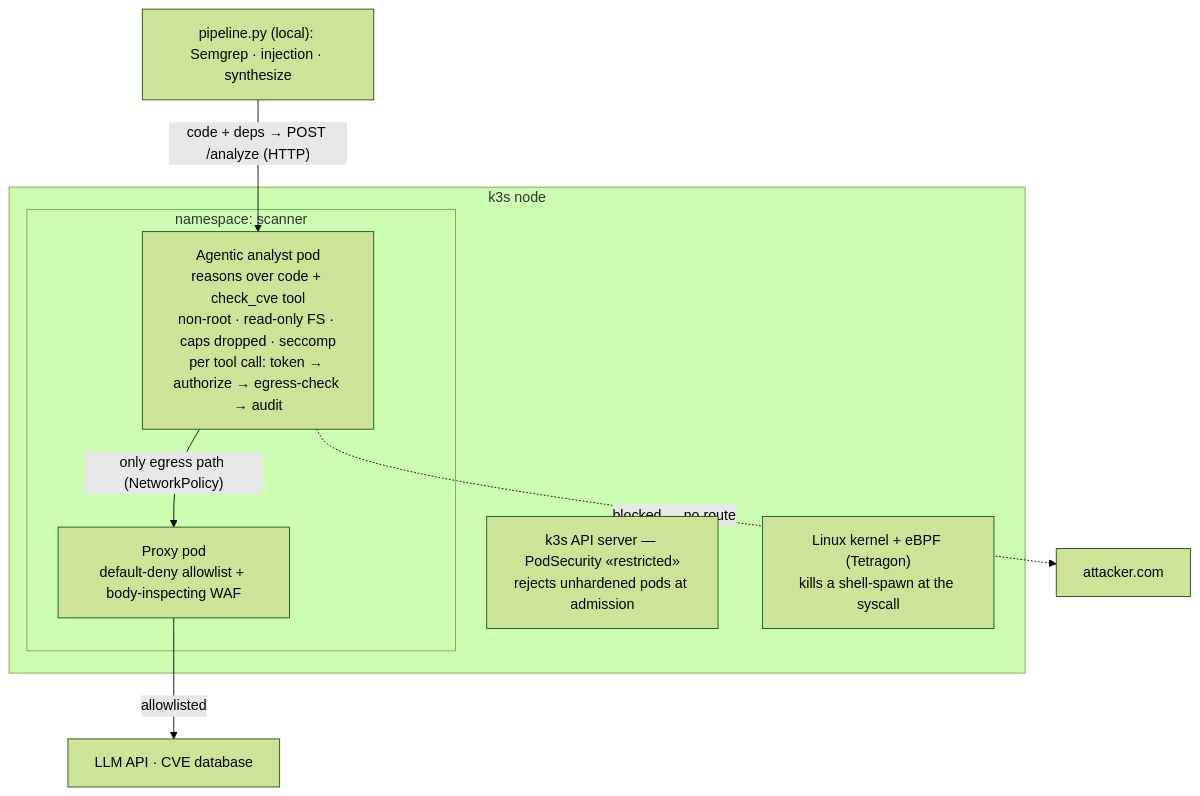
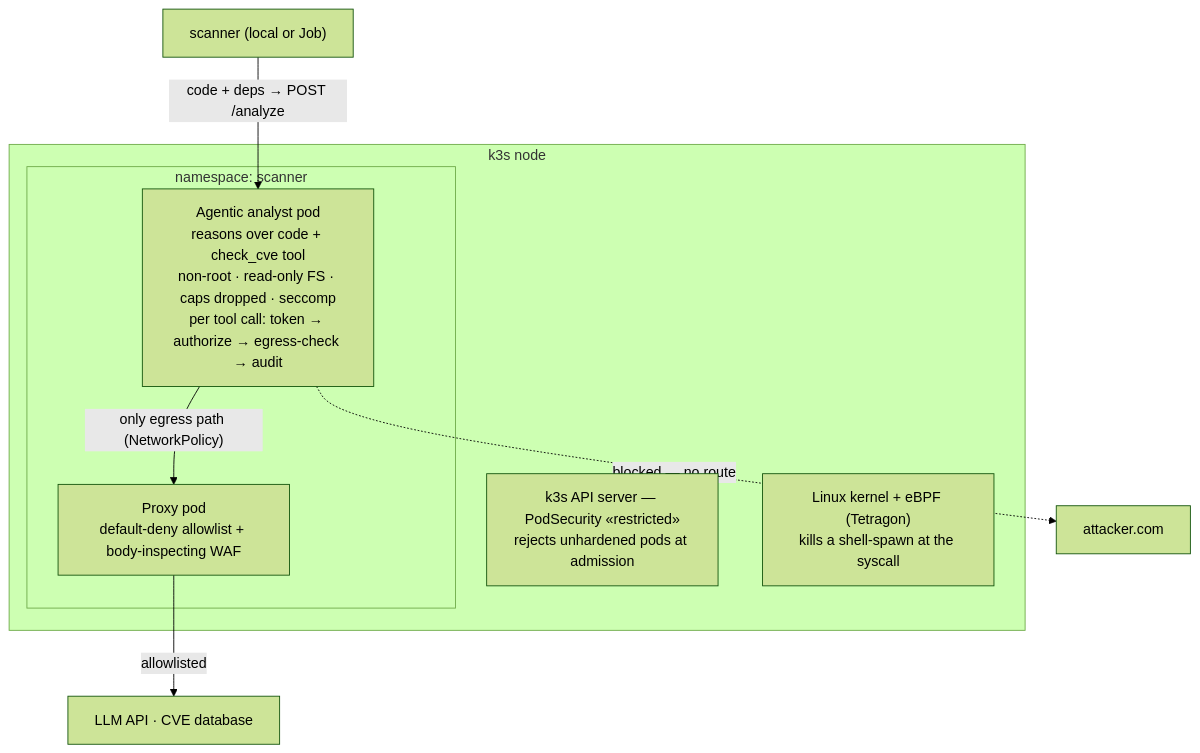
The second of 3 diagrams in README.md (kent12112/codescan), drawn with Mermaid (forest theme) before and after one commit. The commit also changed other lines of this file and 6 other files, not shown here.

Commit message:
Single-source agent label + single-pass injection; in-cluster Job orchestration (scanner Job + launcher); DAST target manifest

````diff
--- a/README.md
+++ b/README.md
@@ -71,15 +62,15 @@
 ```mermaid
 flowchart TB
     subgraph NODE["k3s node"]
         API["k3s API server — PodSecurity «restricted»<br/>rejects unhardened pods at admission"]
         KERNEL["Linux kernel + eBPF (Tetragon)<br/>kills a shell-spawn at the syscall"]
         subgraph NS["namespace: scanner"]
             AGENT["Agentic analyst pod<br/>reasons over code + check_cve tool<br/>non-root · read-only FS · caps dropped · seccomp<br/>per tool call: token → authorize → egress-check → audit"]
             PROXY["Proxy pod<br/>default-deny allowlist + body-inspecting WAF"]
         end
     end
-    PIPE["pipeline.py (local): Semgrep · injection · synthesize"] -->|"code + deps → POST /analyze (HTTP)"| AGENT
+    PIPE["scanner (local or Job)"] -->|"code + deps → POST /analyze"| AGENT
     AGENT -->|"only egress path (NetworkPolicy)"| PROXY
     PROXY -->|"allowlisted"| NET["LLM API · CVE database"]
     AGENT -.->|"blocked — no route"| EVIL["attacker.com"]
 ```
````
